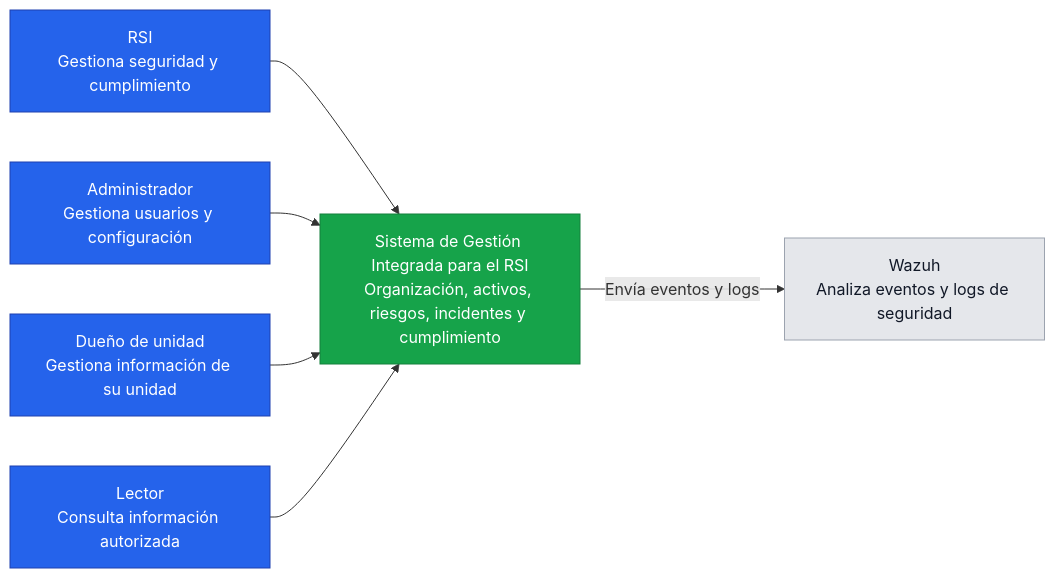
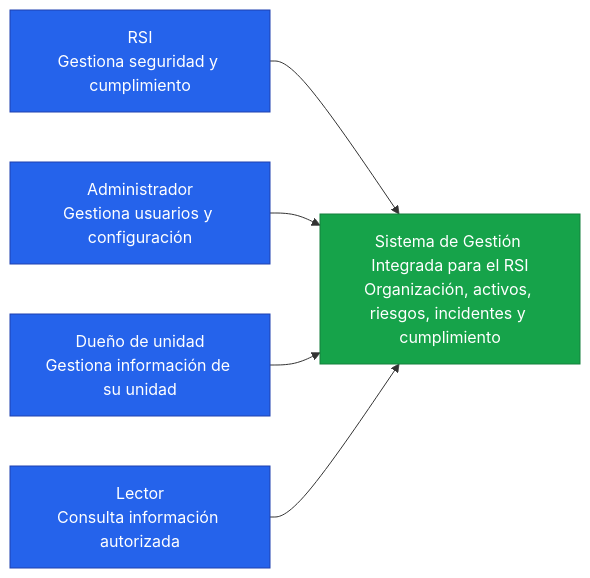
The first of 3 diagrams in docs/00-arquitectura.md (DieAndres/sistema-rsi), drawn with Mermaid before and after one commit. The commit also changed other lines of this file and 5 other files, not shown here.

````diff
--- a/docs/00-arquitectura.md
+++ b/docs/00-arquitectura.md
@@ -7,22 +19,17 @@
 ```mermaid
 flowchart LR
     RSI[RSI<br/>Gestiona seguridad y cumplimiento]
     Admin[Administrador<br/>Gestiona usuarios y configuración]
     Dueño[Dueño de unidad<br/>Gestiona información de su unidad]
     Lector[Lector<br/>Consulta información autorizada]
     Sistema[Sistema de Gestión Integrada para el RSI<br/>Organización, activos, riesgos, incidentes y cumplimiento]
-    Wazuh[Wazuh<br/>Analiza eventos y logs de seguridad]
-
     RSI --> Sistema
     Admin --> Sistema
     Dueño --> Sistema
     Lector --> Sistema
-    Sistema -->|Envía eventos y logs| Wazuh
 
     classDef actor fill:#2563eb,color:#fff,stroke:#1e40af
     classDef system fill:#16a34a,color:#fff,stroke:#15803d
-    classDef external fill:#e5e7eb,color:#111827,stroke:#9ca3af
     class RSI,Admin,Dueño,Lector actor
     class Sistema system
-    class Wazuh external
 ```
````
